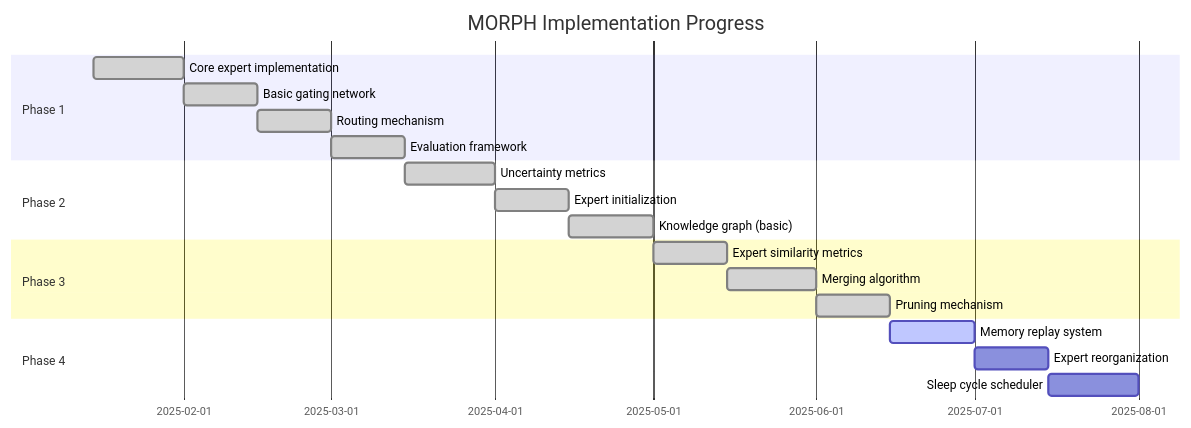
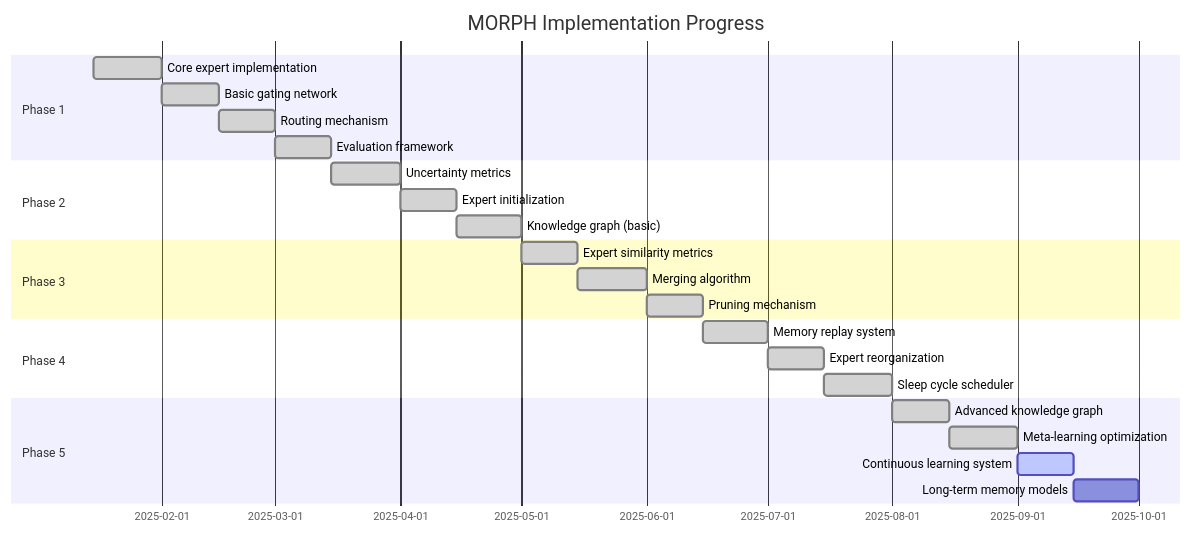
One commit to BerkZerker/Project-MORPH changed the second of 3 diagrams in README.md. Above: the diagram before and after it, drawn with Mermaid. The commit also changed other lines of this file and 8 other files, not shown here.

First line of the commit message:
Implement Advanced Knowledge Graph and Sleep Module

````diff
--- a/README.md
+++ b/README.md
@@ -108,26 +128,32 @@
 ```mermaid
 gantt
     title MORPH Implementation Progress
     dateFormat YYYY-MM-DD
     
     section Phase 1
     Core expert implementation   :done, p1_1, 2025-01-15, 2025-02-01
     Basic gating network         :done, p1_2, 2025-02-01, 2025-02-15
     Routing mechanism            :done, p1_3, 2025-02-15, 2025-03-01
     Evaluation framework         :done, p1_4, 2025-03-01, 2025-03-15
     
     section Phase 2
     Uncertainty metrics          :done, p2_1, 2025-03-15, 2025-04-01
     Expert initialization        :done, p2_2, 2025-04-01, 2025-04-15
     Knowledge graph (basic)      :done, p2_3, 2025-04-15, 2025-05-01
     
     section Phase 3
     Expert similarity metrics    :done, p3_1, 2025-05-01, 2025-05-15
     Merging algorithm            :done, p3_2, 2025-05-15, 2025-06-01
     Pruning mechanism            :done, p3_3, 2025-06-01, 2025-06-15
     
     section Phase 4
-    Memory replay system         :active, p4_1, 2025-06-15, 2025-07-01
-    Expert reorganization        :p4_2, 2025-07-01, 2025-07-15
-    Sleep cycle scheduler        :p4_3, 2025-07-15, 2025-08-01
+    Memory replay system         :done, p4_1, 2025-06-15, 2025-07-01
+    Expert reorganization        :done, p4_2, 2025-07-01, 2025-07-15
+    Sleep cycle scheduler        :done, p4_3, 2025-07-15, 2025-08-01
+    
+    section Phase 5
+    Advanced knowledge graph     :done, p5_1, 2025-08-01, 2025-08-15
+    Meta-learning optimization   :done, p5_2, 2025-08-15, 2025-09-01
+    Continuous learning system   :active, p5_3, 2025-09-01, 2025-09-15
+    Long-term memory models      :p5_4, 2025-09-15, 2025-10-01
 ```
````
